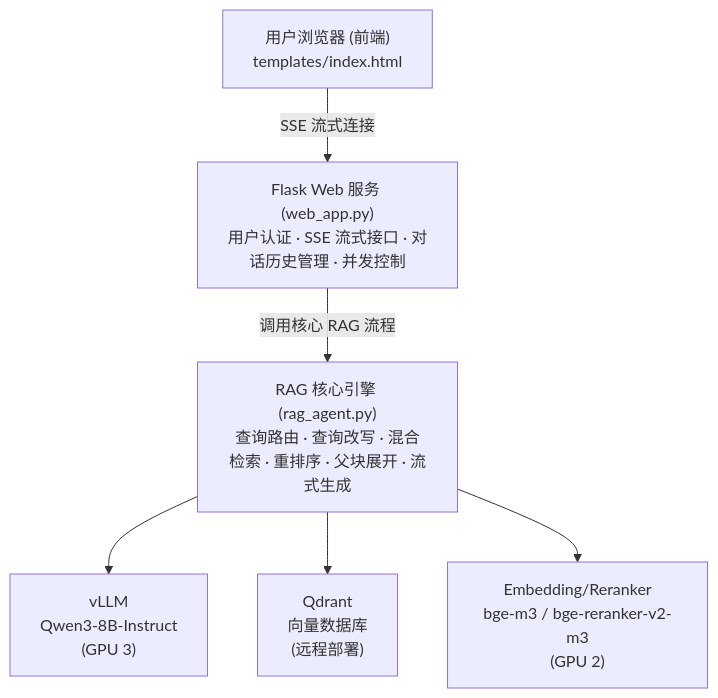
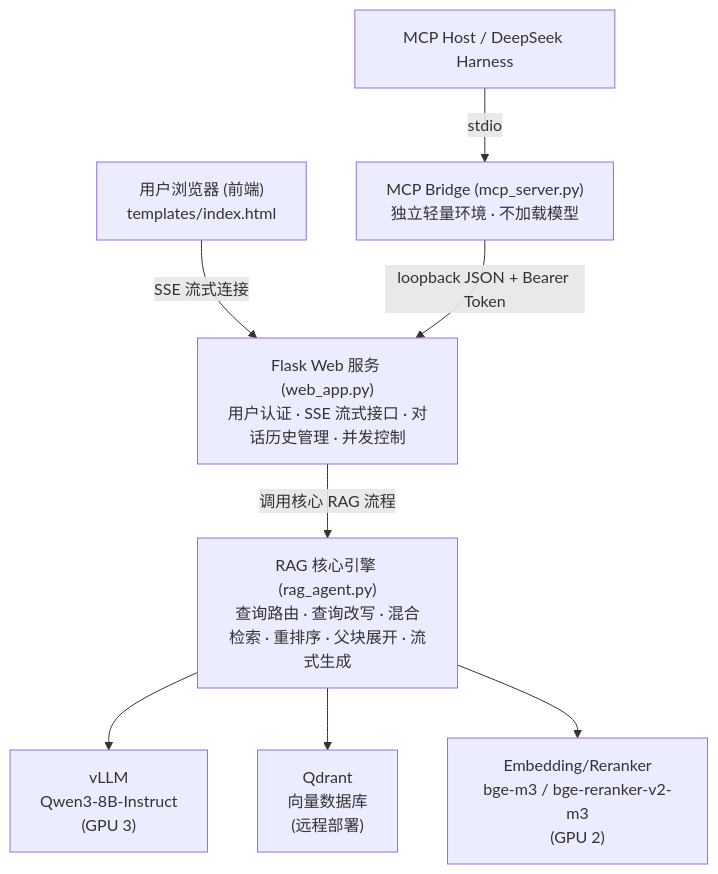
Before and after one commit to youngerrwei/403_RAG: the second of 5 diagrams in ARCHITECTURE.md, drawn with Mermaid. The commit also changed other lines of this file and 10 other files, not shown here.

Commit message:
feat(mcp): expose rag retrieval over stdio

````diff
--- a/ARCHITECTURE.md
+++ b/ARCHITECTURE.md
@@ -28,8 +28,10 @@
 ```mermaid
 flowchart TB
     A["用户浏览器 (前端)<br>templates/index.html"] -->|"SSE 流式连接"| B["Flask Web 服务 (web_app.py)<br>用户认证 · SSE 流式接口 · 对话历史管理 · 并发控制"]
+    G["MCP Host / DeepSeek Harness"] -->|"stdio"| H["MCP Bridge (mcp_server.py)<br>独立轻量环境 · 不加载模型"]
+    H -->|"loopback JSON + Bearer Token"| B
     B -->|"调用核心 RAG 流程"| C["RAG 核心引擎 (rag_agent.py)<br>查询路由 · 查询改写 · 混合检索 · 重排序 · 父块展开 · 流式生成"]
     C --> D["vLLM<br>Qwen3-8B-Instruct<br>(GPU 3)"]
     C --> E["Qdrant<br>向量数据库<br>(远程部署)"]
     C --> F["Embedding/Reranker<br>bge-m3 / bge-reranker-v2-m3<br>(GPU 2)"]
 ```
````
